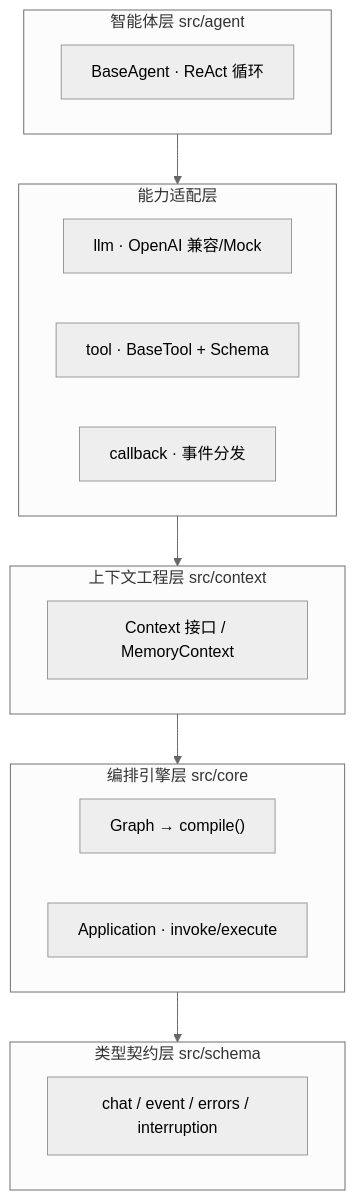
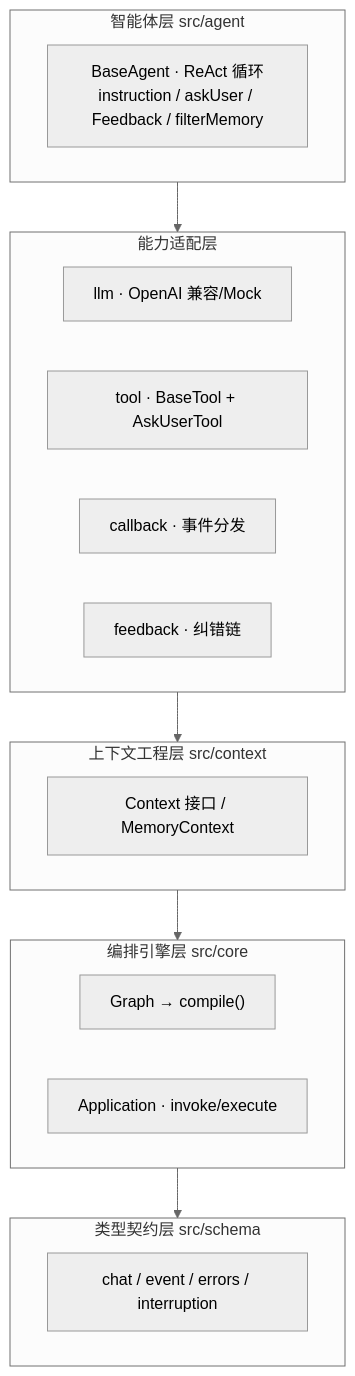
The first of 4 diagrams in README.md (David-Liu5460/nexus-sdk-ts), drawn with Mermaid (neutral theme) before and after one commit. The commit also changed other lines of this file and 94 other files, not shown here.

````diff
--- a/README.md
+++ b/README.md
@@ -99,22 +104,23 @@
 ```mermaid
 flowchart TB
   subgraph Agent["智能体层 src/agent"]
-    BA["BaseAgent · ReAct 循环"]
+    BA["BaseAgent · ReAct 循环<br/>instruction / askUser / Feedback / filterMemory"]
   end
   subgraph Capability["能力适配层"]
     LLM["llm · OpenAI 兼容/Mock"]
-    TOOL["tool · BaseTool + Schema"]
+    TOOL["tool · BaseTool + AskUserTool"]
     CB["callback · 事件分发"]
+    FB["feedback · 纠错链"]
   end
   subgraph Context["上下文工程层 src/context"]
     CTX["Context 接口 / MemoryContext"]
   end
   subgraph Core["编排引擎层 src/core"]
     G["Graph → compile()"]
     APP["Application · invoke/execute"]
   end
   subgraph Schema["类型契约层 src/schema"]
     S["chat / event / errors / interruption"]
   end
   Agent --> Capability --> Context --> Core --> Schema
 ```
````
